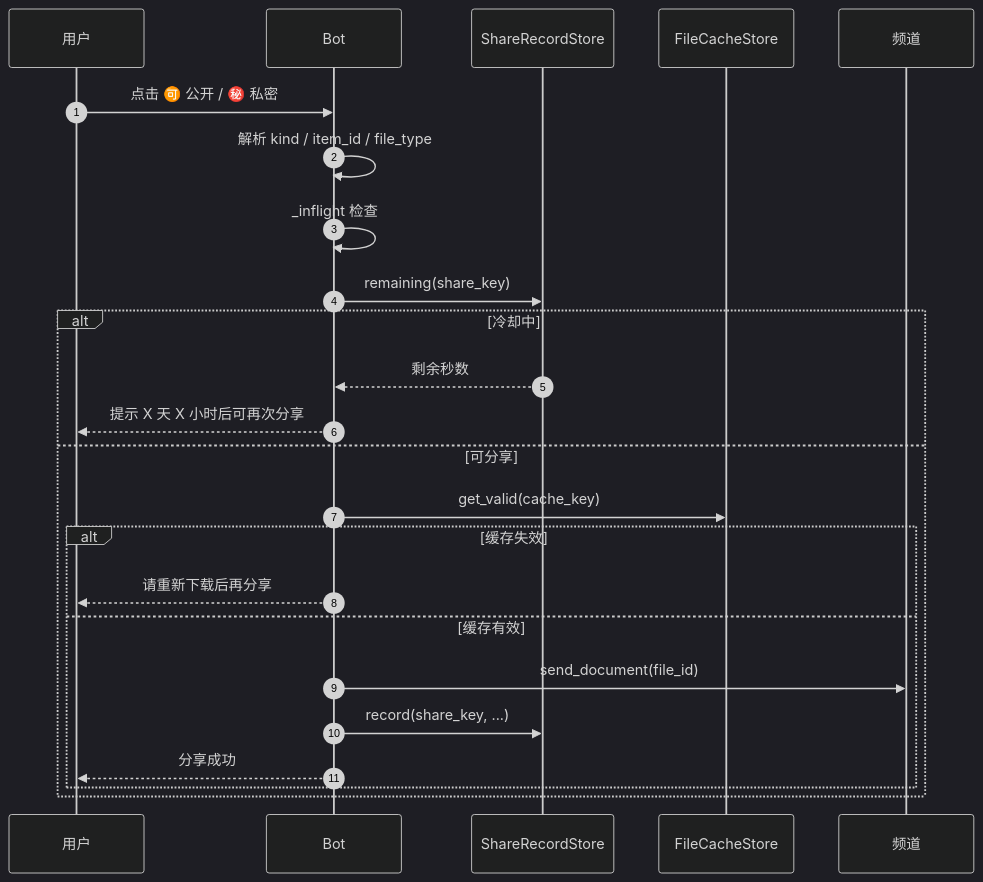
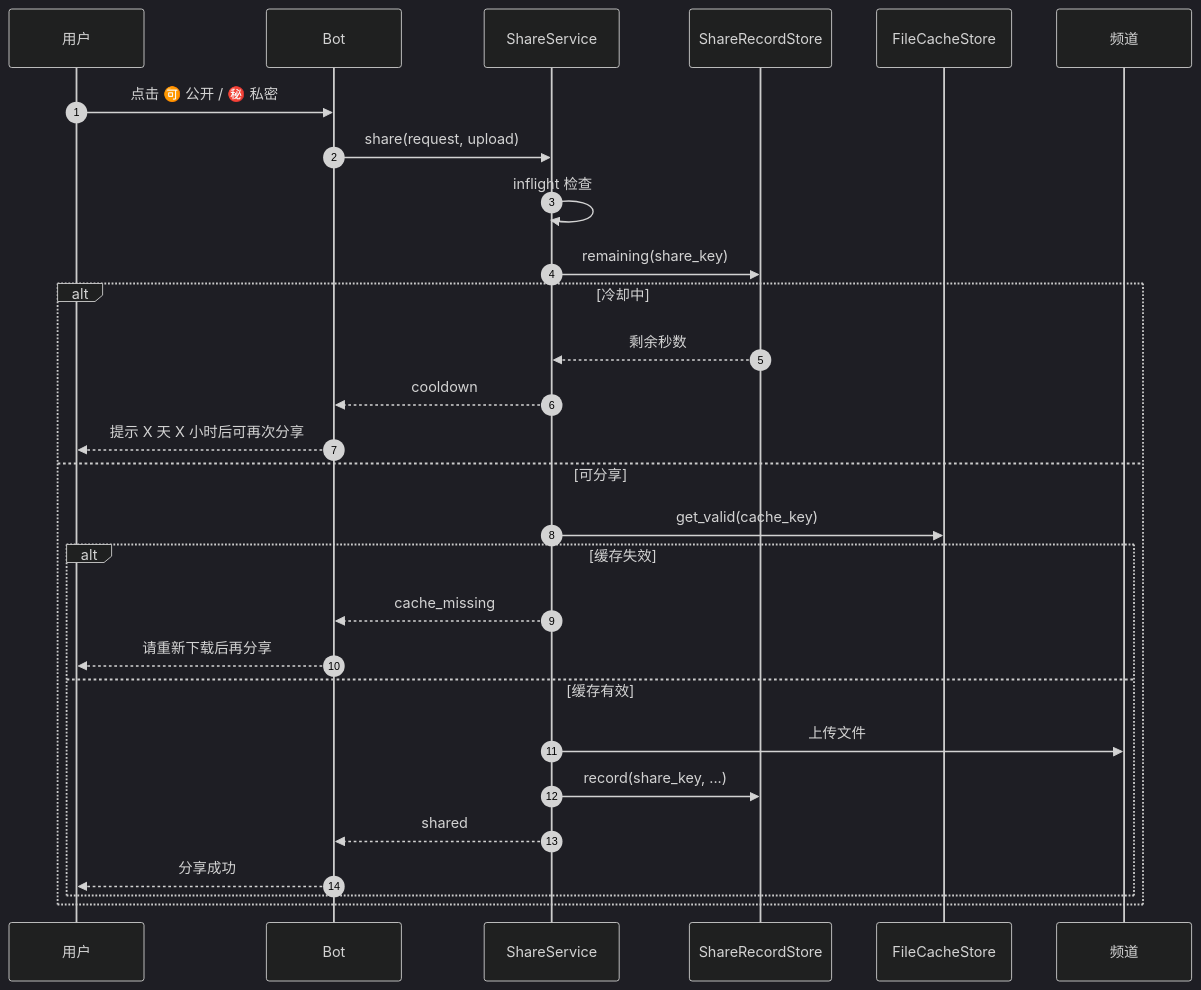
The fourth of 6 diagrams in docs/03-项目架构说明.md (DowneyRem/FurryReadingBot), drawn with Mermaid (dark theme) before and after one commit. The commit also changed other lines of this file and 7 other files, not shown here.

Commit message:
Service：拆分 share_service

````diff
--- a/docs/03-项目架构说明.md
+++ b/docs/03-项目架构说明.md
@@ -282,27 +284,31 @@
 ```mermaid
 sequenceDiagram
     autonumber
     participant U as 用户
     participant B as Bot
+    participant SHS as ShareService
     participant SR as ShareRecordStore
     participant C as FileCacheStore
     participant CH as 频道
 
     U->>B: 点击 🉑 公开 / ㊙️ 私密
-    B->>B: 解析 kind / item_id / file_type
-    B->>B: _inflight 检查
-    B->>SR: remaining(share_key)
+    B->>SHS: share(request, upload)
+    SHS->>SHS: inflight 检查
+    SHS->>SR: remaining(share_key)
     alt 冷却中
-        SR-->>B: 剩余秒数
+        SR-->>SHS: 剩余秒数
+        SHS-->>B: cooldown
         B-->>U: 提示 X 天 X 小时后可再次分享
     else 可分享
-        B->>C: get_valid(cache_key)
+        SHS->>C: get_valid(cache_key)
         alt 缓存失效
+            SHS-->>B: cache_missing
             B-->>U: 请重新下载后再分享
         else 缓存有效
-            B->>CH: send_document(file_id)
-            B->>SR: record(share_key, ...)
+            SHS->>CH: 上传文件
+            SHS->>SR: record(share_key, ...)
+            SHS-->>B: shared
             B-->>U: 分享成功
         end
     end
 ```
````
